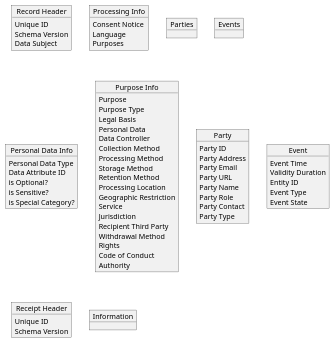
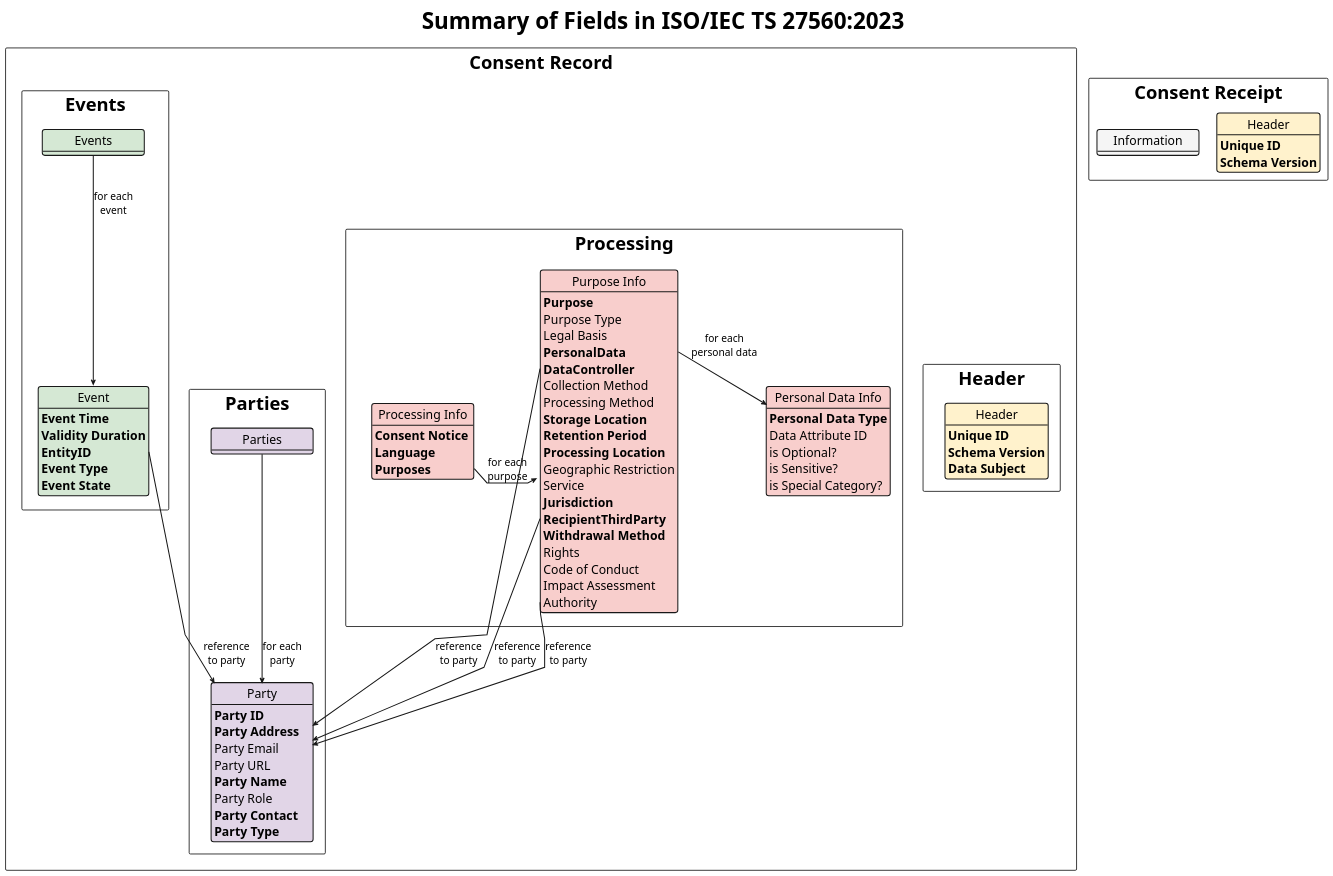
Before and after one commit to bact/dpv: the diagram in 2.2/diagrams/plantuml/dpv-27560-summary.plantuml, drawn with PlantUML. The commit also changed 1 other file, not shown here.

Commit message:
ISO Consent record diagram in PlantUML

```diff
--- a/2.2/diagrams/plantuml/dpv-27560-summary.plantuml
+++ b/2.2/diagrams/plantuml/dpv-27560-summary.plantuml
@@ -1,79 +1,127 @@
 @startuml
+title Summary of Fields in ISO/IEC TS 27560:2023
+hide class circle
+hide methods
+top to bottom direction
+skinparam linetype polyline
+skinparam packageStyle rectangle
 
+<style>
+title {
+  FontSize 44
+}
+class {
+  MinimumWidth 200
+  LineThickness 2
+  RoundCorner 10
+  FontSize 24
+  Padding 10
+}
+package {
+  MinimumHeight 500
+  FontSize 36
+  Padding 10
+}
+arrow {
+  LineThickness 2
+  FontSize 20
+}
+</style>
 
-object "Record Header" as RecordHeader {
-    Unique ID
-    Schema Version
-    Data Subject
+package "Consent Record" as ConsentRecord {
+    package "Header" as HeaderSection {
+        class "Header" as RecordHeader #FFF2CC {
+            **Unique ID**
+            **Schema Version**
+            **Data Subject**
+        }
+    }
+    package "Processing" as ProcessingSection {
+        class "Processing Info" as ProcessingInfo #F8CECC {
+            **Consent Notice**
+            **Language**
+            **Purposes**
+        }
+        class "Purpose Info" as PurposeInfo #F8CECC {
+            **Purpose**
+            Purpose Type
+            Legal Basis
+            **PersonalData**
+            **DataController**
+            Collection Method
+            Processing Method
+            **Storage Location**
+            **Retention Period**
+            **Processing Location**
+            Geographic Restriction
+            Service
+            **Jurisdiction**
+            **RecipientThirdParty**
+            **Withdrawal Method**
+            Rights
+            Code of Conduct
+            Impact Assessment
+            Authority
+        }
+        class "Personal Data Info" as PersonalDataInfo #F8CECC {
+            **Personal Data Type**
+            Data Attribute ID
+            is Optional?
+            is Sensitive?
+            is Special Category?
+        }
+    }
+    package "Parties" as PartiesSection {
+        class Parties #E1D5E7 {
+        }
+        class Party #E1D5E7 {
+            **Party ID**
+            **Party Address**
+            Party Email
+            Party URL
+            **Party Name**
+            Party Role
+            **Party Contact**
+            **Party Type**
+        }
+    }
+    package "Events" as EventsSection {
+        class Events #D5E8D4 {
+        }
+        class Event #D5E8D4 {
+            **Event Time**
+            **Validity Duration**
+            **EntityID**
+            **Event Type**
+            **Event State**
+        }
+    }
 }
 
-object "Processing Info" as ProcessingInfo {
-    Consent Notice
-    Language
-    Purposes
+package "Consent Receipt" as ConsentReceipt {
+    class "Header" as ReceiptHeader #FFF2CC {
+        **Unique ID**
+        **Schema Version**
+    }
+    class "Information" as ReceiptInformation #F5F5F5 {
+    }
 }
 
-object Parties {
-}
+' Define the relationships
+ProcessingInfo::Purposes -right-> PurposeInfo : for each\npurpose
+PurposeInfo::PersonalData -right-> PersonalDataInfo : for each\npersonal data
 
-object Events {
-}
+PurposeInfo::DataController --> Party : reference\nto party
+PurposeInfo::RecipientThirdParty --> Party : reference\nto party
+PurposeInfo::Authority --> Party : reference\nto party
 
-object "Personal Data Info" as PersonalDataInfo {
-    Personal Data Type
-    Data Attribute ID
-    is Optional?
-    is Sensitive?
-    is Special Category?
-}
+Parties --> Party : for each\nparty
 
-object "Purpose Info" as PurposeInfo {
-    Purpose
-    Purpose Type
-    Legal Basis
-    Personal Data
-    Data Controller
-    Collection Method
-    Processing Method
-    Storage Method
-    Retention Method
-    Processing Location
-    Geographic Restriction
-    Service
-    Jurisdiction
-    Recipient Third Party
-    Withdrawal Method
-    Rights
-    Code of Conduct
-    Authority
-}
+Events --> Event : for each\nevent
+Event::EntityID --> Party : reference\nto party
 
-object Party {
-    Party ID
-    Party Address
-    Party Email
-    Party URL
-    Party Name
-    Party Role
-    Party Contact
-    Party Type
-}
-
-object Event {
-    Event Time
-    Validity Duration
-    Entity ID
-    Event Type
-    Event State
-}
-
-object "Receipt Header" as ReceiptHeader {
-    Unique ID
-    Schema Version
-}
-
-object Information {
-}
-
+HeaderSection -[hidden]right-> ProcessingSection
+ProcessingSection -[hidden]right-> PartiesSection
+PartiesSection -[hidden]right-> EventsSection
 
 @enduml
```
